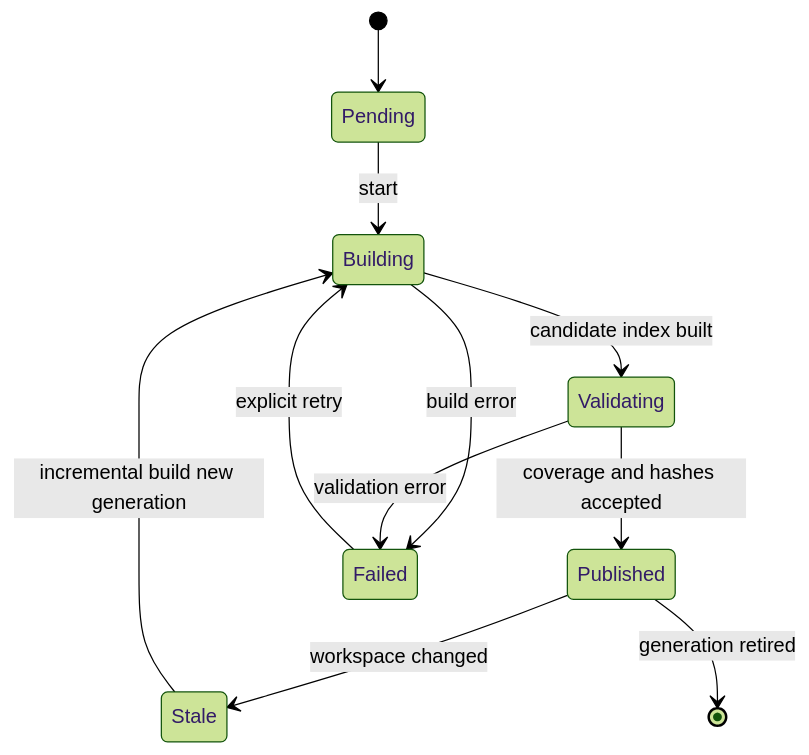
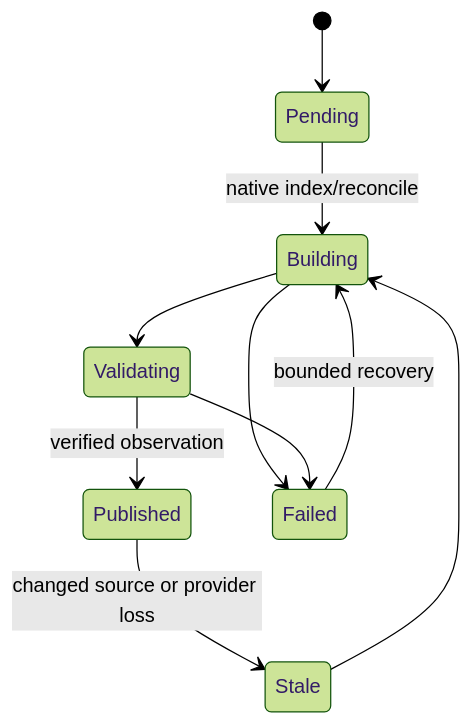
One commit to chris-madsen/Hybrid-RAG changed the second of 5 diagrams in docs/architecture/04-fsm-workflows.md. Above: the diagram before and after it, drawn with Mermaid (forest theme). The commit also changed other lines of this file and 37 other files, not shown here.

````diff
--- a/docs/architecture/04-fsm-workflows.md
+++ b/docs/architecture/04-fsm-workflows.md
@@ -44,13 +32,12 @@
 ```mermaid
 stateDiagram-v2
     [*] --> Pending
-    Pending --> Building: start
-    Building --> Validating: candidate index built
-    Validating --> Published: coverage and hashes accepted
-    Building --> Failed: build error
-    Validating --> Failed: validation error
-    Published --> Stale: workspace changed
-    Stale --> Building: incremental build new generation
-    Failed --> Building: explicit retry
-    Published --> [*]: generation retired
+    Pending --> Building: native index/reconcile
+    Building --> Validating
+    Validating --> Published: verified observation
+    Building --> Failed
+    Validating --> Failed
+    Published --> Stale: changed source or provider loss
+    Stale --> Building
+    Failed --> Building: bounded recovery
 ```
````
